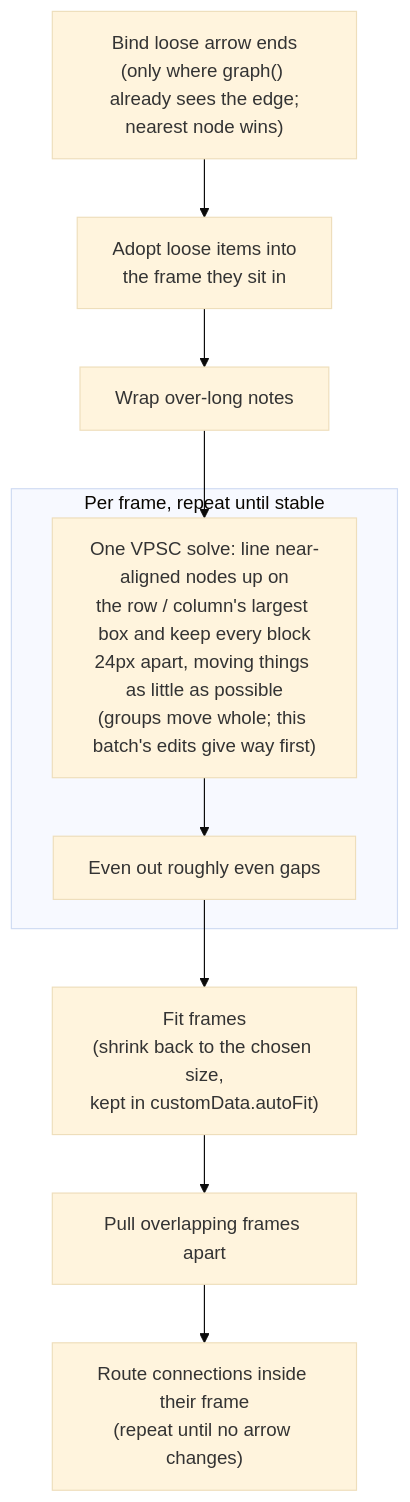
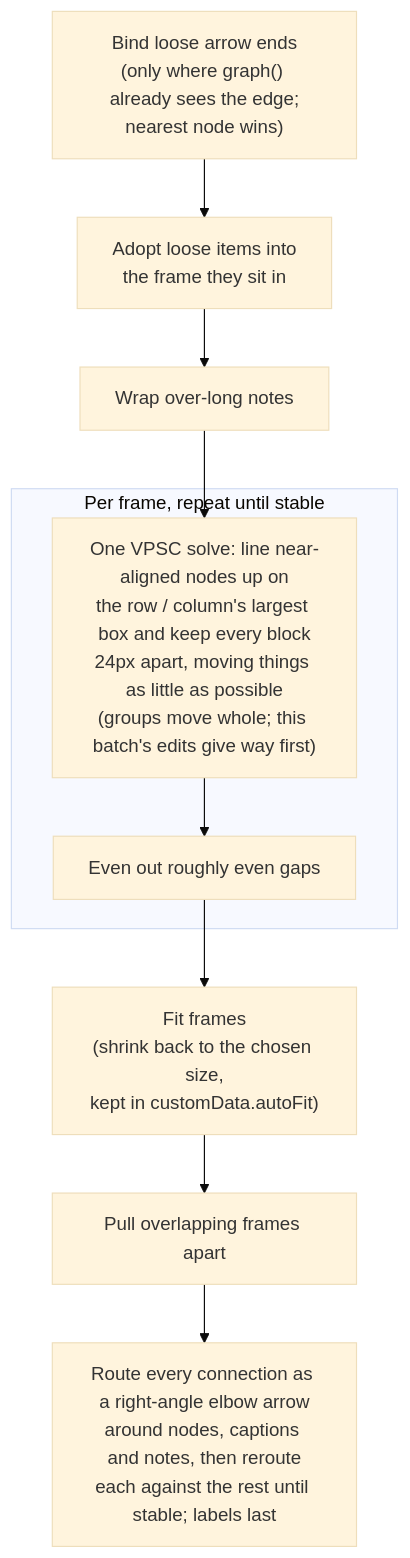
Before and after one commit to aranlucas/system-design-companion: the seventh of 8 diagrams in docs/design.md, drawn with Mermaid (base theme). The commit also changed other lines of this file and 8 other files, not shown here.

First line of the commit message:
Route connections as orthogonal elbow arrows (#9)

````diff
--- a/docs/design.md
+++ b/docs/design.md
@@ -233,12 +233,12 @@
 ```mermaid
 flowchart TD
     A["Bind loose arrow ends<br/>(only where graph() already sees the edge;<br/>nearest node wins)"] --> B["Adopt loose items into<br/>the frame they sit in"]
     B --> C["Wrap over-long notes"]
     C --> D
     subgraph Loop["Per frame, repeat until stable"]
         D["One VPSC solve: line near-aligned nodes up on<br/>the row / column's largest box and keep every block<br/>24px apart, moving things as little as possible<br/>(groups move whole; this batch's edits give way first)"] --> F["Even out roughly even gaps"]
     end
     F --> G["Fit frames<br/>(shrink back to the chosen size,<br/>kept in customData.autoFit)"]
     G --> H["Pull overlapping frames apart"]
-    H --> I["Route connections inside their frame<br/>(repeat until no arrow changes)"]
+    H --> I["Route every connection as a right-angle elbow arrow<br/>around nodes, captions and notes, then reroute<br/>each against the rest until stable; labels last"]
 ```
````
